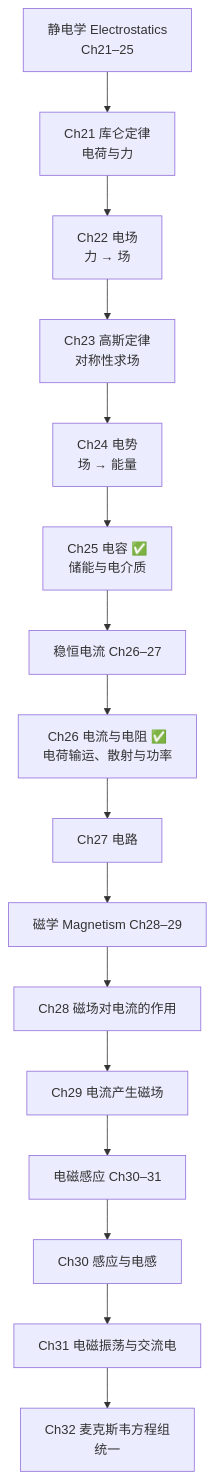
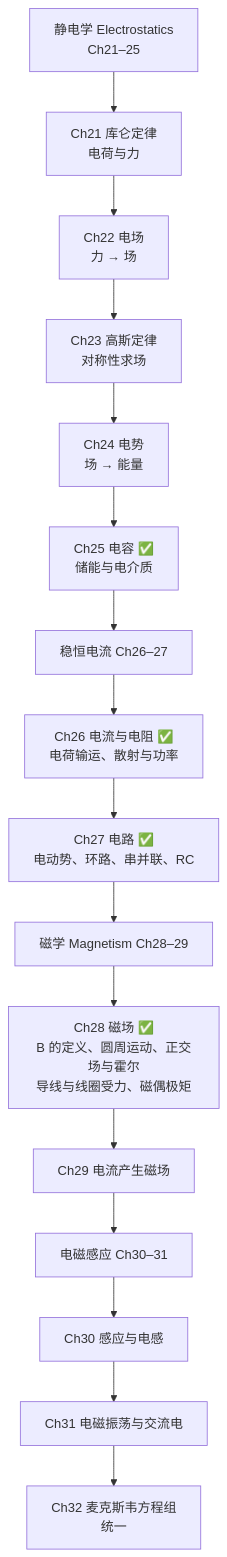
Before and after one commit to KayeAdams515/ClaudeNotes: the first of 6 diagrams in 物理/大学物理（一）/电磁学 MOC.md, drawn with Mermaid. The commit also changed other lines of this file and 12 other files, not shown here.

````diff
--- a/物理/大学物理（一）/电磁学 MOC.md
+++ b/物理/大学物理（一）/电磁学 MOC.md
@@ -15,18 +15,18 @@
 ```mermaid
 graph TD
     A["静电学 Electrostatics<br/>Ch21–25"] --> A1["Ch21 库仑定律<br/>电荷与力"]
     A1 --> A2["Ch22 电场<br/>力 → 场"]
     A2 --> A3["Ch23 高斯定律<br/>对称性求场"]
     A3 --> A4["Ch24 电势<br/>场 → 能量"]
     A4 --> A5["Ch25 电容 ✅<br/>储能与电介质"]
     A5 --> B["稳恒电流 Ch26–27"]
     B --> B1["Ch26 电流与电阻 ✅<br/>电荷输运、散射与功率"]
-    B1 --> B2["Ch27 电路"]
+    B1 --> B2["Ch27 电路 ✅<br/>电动势、环路、串并联、RC"]
     B2 --> C["磁学 Magnetism Ch28–29"]
-    C --> C1["Ch28 磁场对电流的作用"]
+    C --> C1["Ch28 磁场 ✅<br/>B 的定义、圆周运动、正交场与霍尔<br/>导线与线圈受力、磁偶极矩"]
     C1 --> C2["Ch29 电流产生磁场"]
     C2 --> D["电磁感应 Ch30–31"]
     D --> D1["Ch30 感应与电感"]
     D1 --> D2["Ch31 电磁振荡与交流电"]
     D2 --> E["Ch32 麦克斯韦方程组<br/>统一"]
 ```
````
